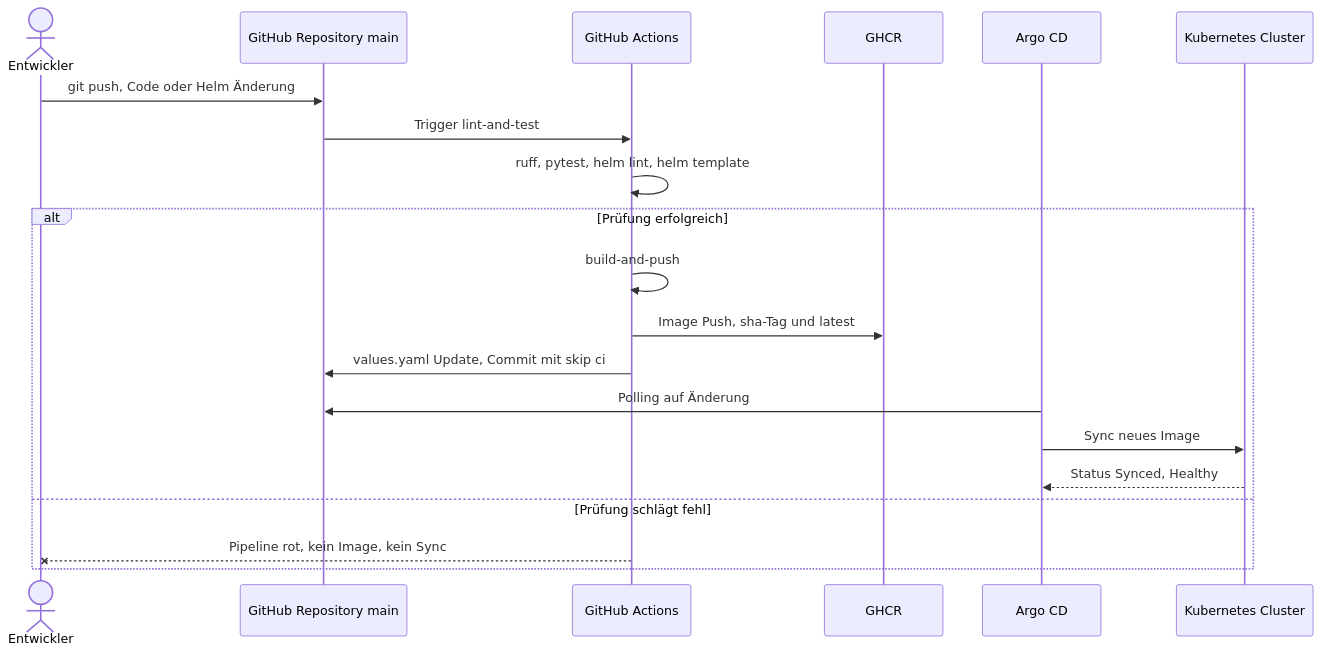
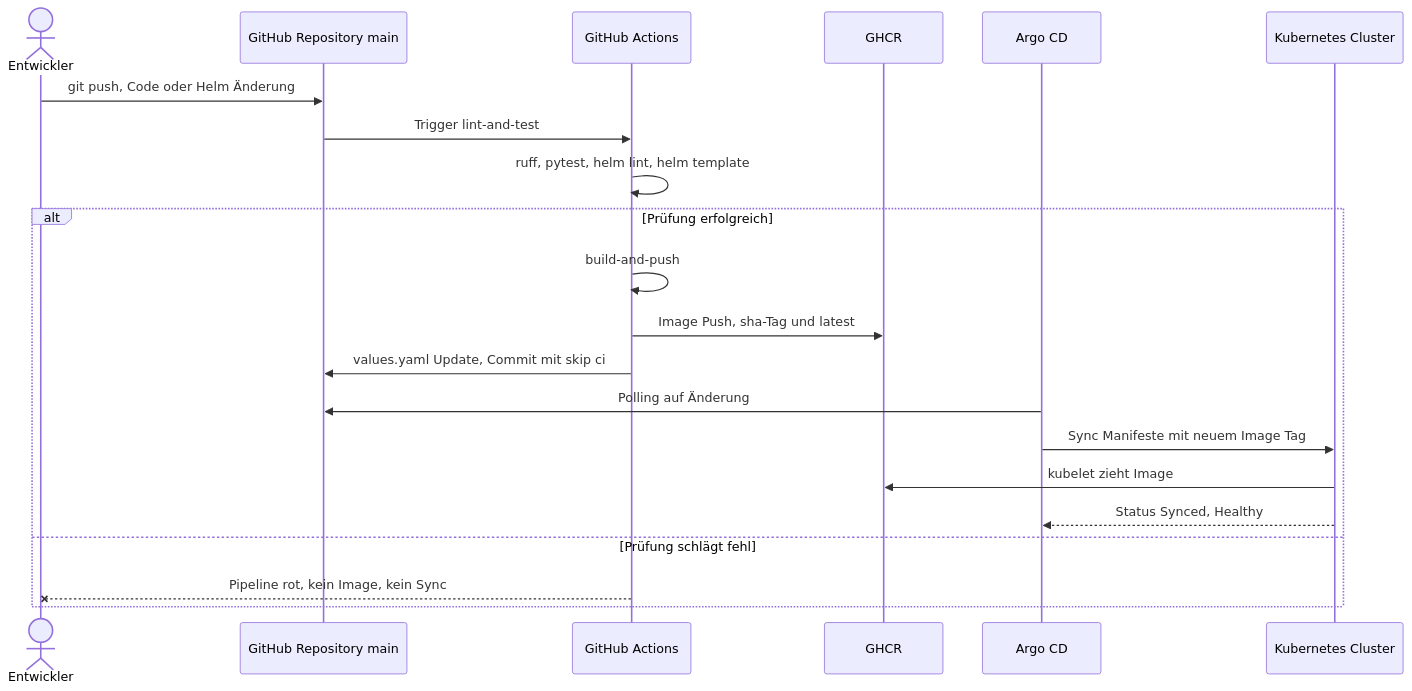
Before and after one commit to Cancani/gitops-platform-semesterarbeit5: the fifth of 5 diagrams in docs/dokumentation.md, drawn with Mermaid. The commit also changed other lines of this file and 5 other files, not shown here.

````diff
--- a/docs/dokumentation.md
+++ b/docs/dokumentation.md
@@ -1274,24 +1275,25 @@
 ```mermaid
 sequenceDiagram
     actor Dev as Entwickler
     participant Git as GitHub Repository main
     participant CI as GitHub Actions
     participant GHCR as GHCR
     participant Argo as Argo CD
     participant K8s as Kubernetes Cluster
 
     Dev->>Git: git push, Code oder Helm Änderung
     Git->>CI: Trigger lint-and-test
     CI->>CI: ruff, pytest, helm lint, helm template
 
     alt Prüfung erfolgreich
         CI->>CI: build-and-push
         CI->>GHCR: Image Push, sha-Tag und latest
         CI->>Git: values.yaml Update, Commit mit skip ci
         Argo->>Git: Polling auf Änderung
-        Argo->>K8s: Sync neues Image
+        Argo->>K8s: Sync Manifeste mit neuem Image Tag
+        K8s->>GHCR: kubelet zieht Image
         K8s-->>Argo: Status Synced, Healthy
     else Prüfung schlägt fehl
         CI--xDev: Pipeline rot, kein Image, kein Sync
     end
 ```
````
